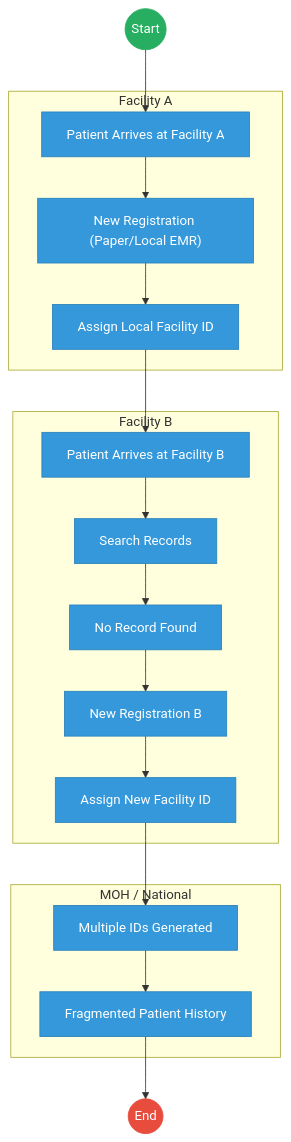
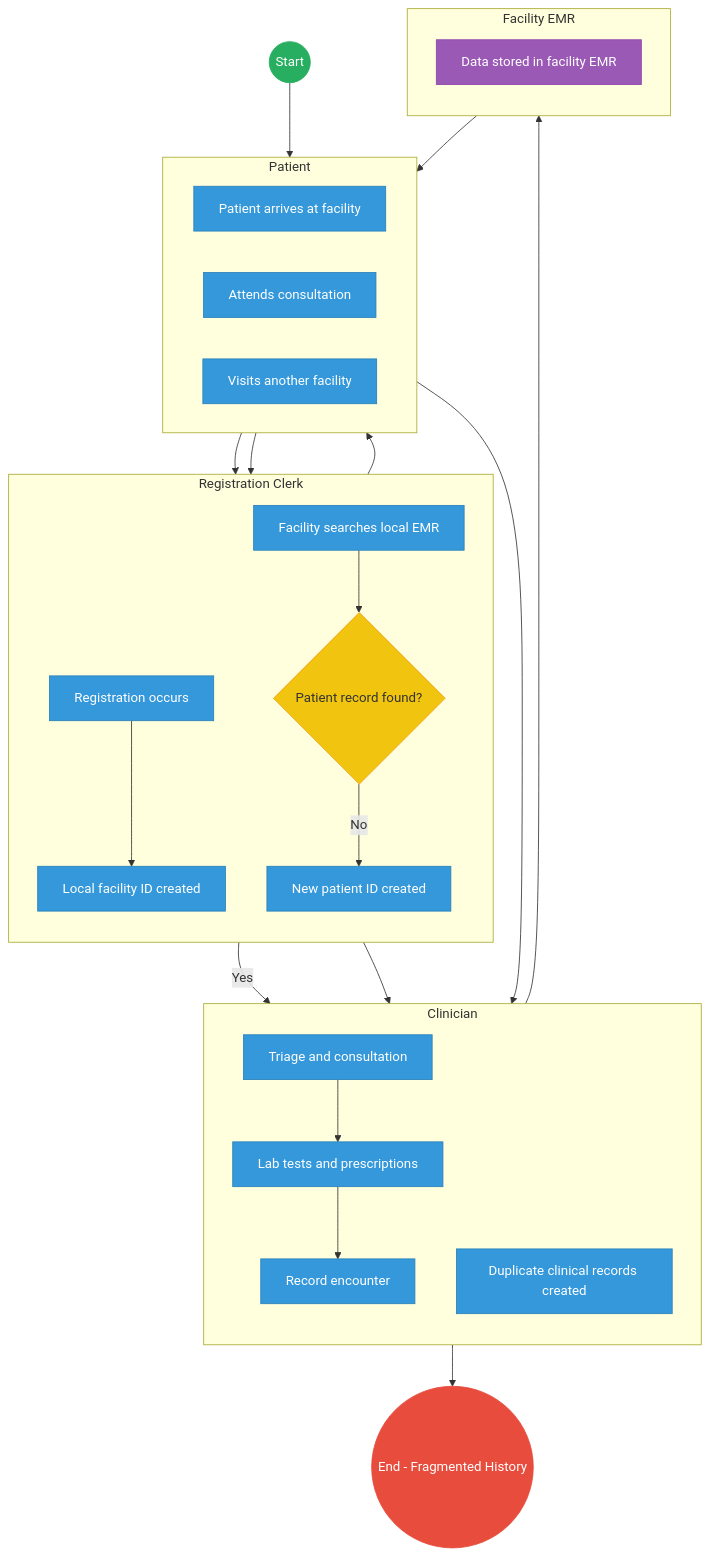
The first of 2 diagrams in mdas/docs_final/priority_mdas/Ministry_of_Health___Service_Delivery.md (BITZ-IT-Consulting-LTD/ictapoc), drawn with Mermaid before and after one commit. The commit also changed other lines of this file and 109 other files, not shown here.

````diff
--- a/mdas/docs_final/priority_mdas/Ministry_of_Health___Service_Delivery.md
+++ b/mdas/docs_final/priority_mdas/Ministry_of_Health___Service_Delivery.md
@@ -20,31 +20,68 @@
 ```mermaid
-graph TD
-    Start((Start)) --> FacA["Patient Arrives at Facility A"]
+flowchart TD
+    %% Events
+    Start((Start))
+    EndProcess((End - Fragmented History))
+
+    subgraph Patient [Patient]
+        direction LR
+        Arrive1[Patient arrives at facility]
+        Consult1[Attends consultation]
+        Arrive2[Visits another facility]
+    end
+
+    subgraph RegClerk [Registration Clerk]
+        direction TB
+        RegPat[Registration occurs]
+        SearchRec[Facility searches local EMR]
+        RecGateway{Patient record found?}
+        CreateNew[New patient ID created]
+        AssignID[Local facility ID created]
+    end
+
+    subgraph Clinician [Clinician]
+        direction TB
+        Triage[Triage and consultation]
+        Labs[Lab tests and prescriptions]
+        RecEnc[Record encounter]
+        DupRec[Duplicate clinical records created]
+    end
+
+    subgraph FacEMR [Facility EMR]
+        direction TB
+        StoreLoc[Data stored in facility EMR]
+    end
+
+    %% Flow connections
+    Start --> Arrive1
+    Arrive1 --> RegPat
+    RegPat --> AssignID
+    AssignID --> Consult1
+    Consult1 --> Triage
+    Triage --> Labs
+    Labs --> RecEnc
+    RecEnc --> StoreLoc
     
-    subgraph Facility_A [Facility A]
-        FacA --> RegA["New Registration (Paper/Local EMR)"]
-        RegA --> ID_A["Assign Local Facility ID"]
-    end
+    StoreLoc --> Arrive2
+    Arrive2 --> SearchRec
+    SearchRec --> RecGateway
     
-    subgraph Facility_B [Facility B]
-        ID_A --> FacB["Patient Arrives at Facility B"]
-        FacB --> Search["Search Records"]
-        Search --> NotFound["No Record Found"]
-        NotFound --> RegB["New Registration B"]
-        RegB --> ID_B["Assign New Facility ID"]
-    end
+    RecGateway -- "Yes" --> Triage
+    RecGateway -- "No" --> CreateNew
+    CreateNew --> DupRec
     
-    subgraph National_Level [MOH / National]
-        ID_B --> Multiple["Multiple IDs Generated"]
-        Multiple --> Fragmented["Fragmented Patient History"]
-    end
+    DupRec --> EndProcess
+
+    %% Styling
+    classDef startEvent fill:#27ae60,stroke:#27ae60,color:#fff;
+    classDef endEvent fill:#e74c3c,stroke:#e74c3c,color:#fff;
+    classDef userTask fill:#3498db,stroke:#2980b9,color:#fff;
+    classDef serviceTask fill:#9b59b6,stroke:#8e44ad,color:#fff;
+    classDef gateway fill:#f1c40f,stroke:#f39c12,color:#333;
     
-    Fragmented --> End((End))
-
-    classDef start fill:#27ae60,stroke:#27ae60,color:#fff;
-    classDef endNode fill:#e74c3c,stroke:#e74c3c,color:#fff;
-    classDef userTask fill:#3498db,stroke:#2980b9,color:#fff;
-    class Start start;
-    class End endNode;
-    class FacA,RegA,ID_A,FacB,Search,NotFound,RegB,ID_B,Multiple,Fragmented userTask;
+    class Start startEvent;
+    class EndProcess endEvent;
+    class RecGateway gateway;
+    class StoreLoc serviceTask;
+    class Arrive1,Consult1,Arrive2,RegPat,SearchRec,CreateNew,AssignID,Triage,Labs,RecEnc,DupRec userTask;
 ```
````
